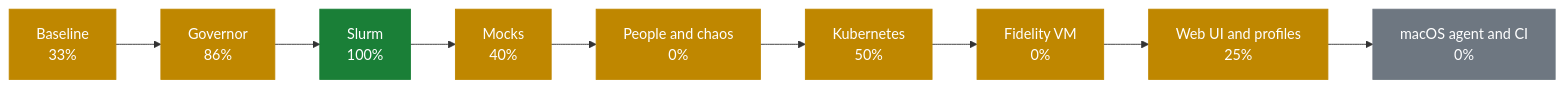
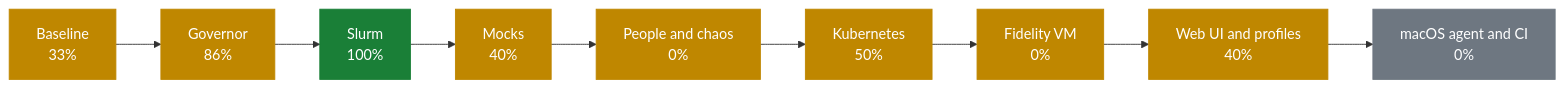
Before and after one commit to AhmedYousriSobhi/workbench: the first of 2 diagrams in docs/PROGRESS.md, drawn with Mermaid. The commit also changed other lines of this file and 16 other files, not shown here.

````diff
--- a/docs/PROGRESS.md
+++ b/docs/PROGRESS.md
@@ -10,17 +10,17 @@
 ```mermaid
 flowchart LR
     p0["Baseline<br/>33%"]:::partial
     p1["Governor<br/>86%"]:::partial
     p2["Slurm<br/>100%"]:::done
     p3["Mocks<br/>40%"]:::partial
     p4["People and chaos<br/>0%"]:::partial
     p5["Kubernetes<br/>50%"]:::partial
     p6["Fidelity VM<br/>0%"]:::partial
-    p7["Web UI and profiles<br/>25%"]:::partial
+    p7["Web UI and profiles<br/>40%"]:::partial
     p8["macOS agent and CI<br/>0%"]:::todo
     p0 --> p1 --> p2 --> p3 --> p4 --> p5 --> p6 --> p7 --> p8
     classDef done fill:#1a7f37,stroke:#1a7f37,color:#fff
     classDef review fill:#0969da,stroke:#0969da,color:#fff
     classDef partial fill:#bf8700,stroke:#bf8700,color:#fff
     classDef todo fill:#6e7781,stroke:#6e7781,color:#fff
 ```
````
